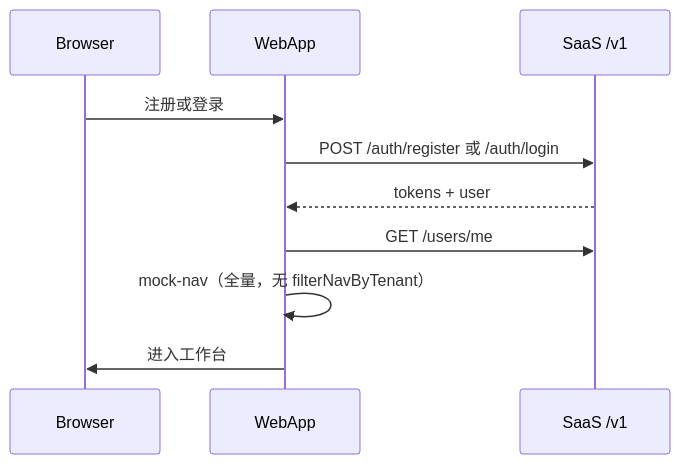
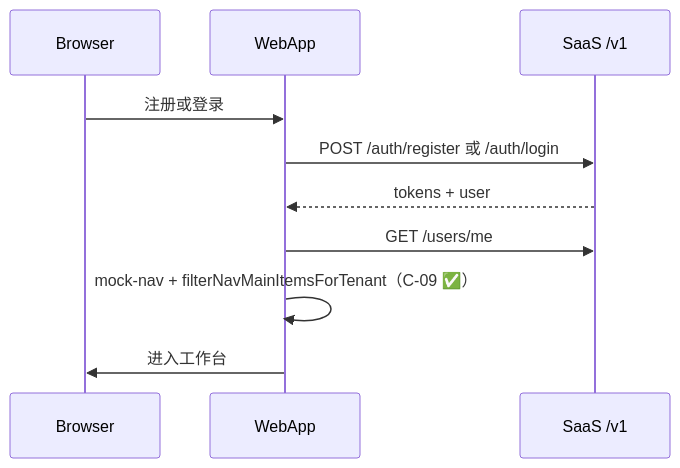
One commit to dujiaoai/map-design changed the diagram in docs/architecture/auth-rbac.md. Above: the diagram before and after it, drawn with Mermaid. The commit also changed 11 other files, not shown here.

First line of the commit message:
docs(architecture): 全库对齐 C-09 tenant features 侧栏过滤已完成

````diff
--- a/docs/architecture/auth-rbac.md
+++ b/docs/architecture/auth-rbac.md
@@ -171,12 +171,12 @@
 ```mermaid
 sequenceDiagram
   participant Browser
   participant WebApp
   participant API as SaaS /v1
   Browser->>WebApp: 注册或登录
   WebApp->>API: POST /auth/register 或 /auth/login
   API-->>WebApp: tokens + user
   WebApp->>API: GET /users/me
-  WebApp->>WebApp: mock-nav（全量，无 filterNavByTenant）
+  WebApp->>WebApp: mock-nav + filterNavMainItemsForTenant（C-09 ✅）
   WebApp->>Browser: 进入工作台
 ```
````
